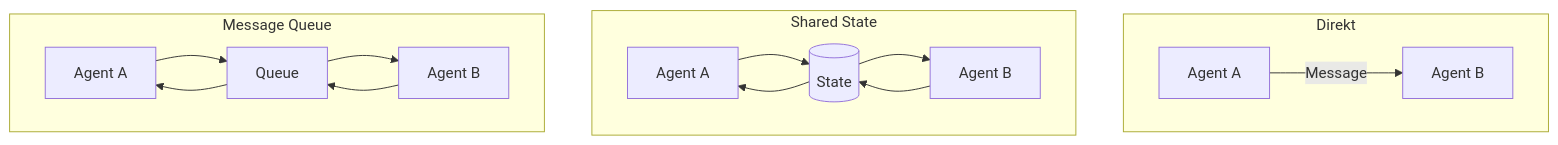
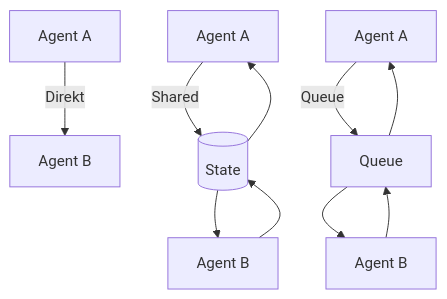
Before and after one commit to ralf-42/Agenten: the fifth of 7 diagrams in docs/concepts/Multi_Agent_Systeme.md, drawn with Mermaid. The commit also changed other lines of this file and 1 other file, not shown here.

```diff
--- a/docs/concepts/Multi_Agent_Systeme.md
+++ b/docs/concepts/Multi_Agent_Systeme.md
@@ -378,20 +376,14 @@
 <div class="mermaid">
-flowchart TD
-    subgraph dir[Direkt]
-        A1[Agent A] -->|Message| A2[Agent B]
-    end
+graph TD
+    A1[Agent A] -->|Direkt| A2[Agent B]
 
-    subgraph state[Shared State]
-        B1[Agent A] --> S[(State)]
-        B2[Agent B] --> S
-        S --> B1
-        S --> B2
-    end
+    B1[Agent A] -->|Shared| S[(State)]
+    B2[Agent B] --> S
+    S --> B1
+    S --> B2
 
-    subgraph queue[Message Queue]
-        C1[Agent A] --> Q[Queue]
-        Q --> C2[Agent B]
-        C2 --> Q
-        Q --> C1
-    end
+    C1[Agent A] -->|Queue| Q[Queue]
+    Q --> C2[Agent B]
+    C2 --> Q
+    Q --> C1
 </div>
```
